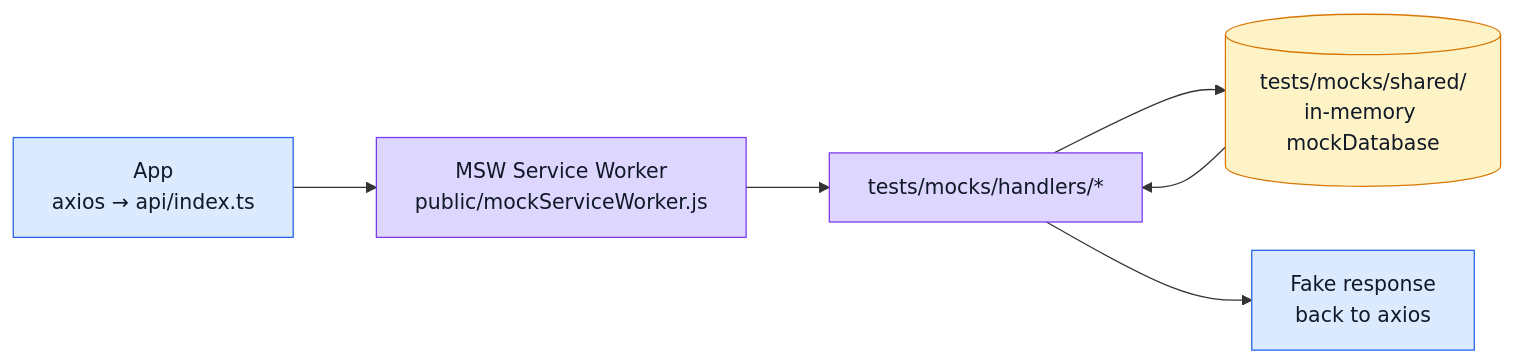
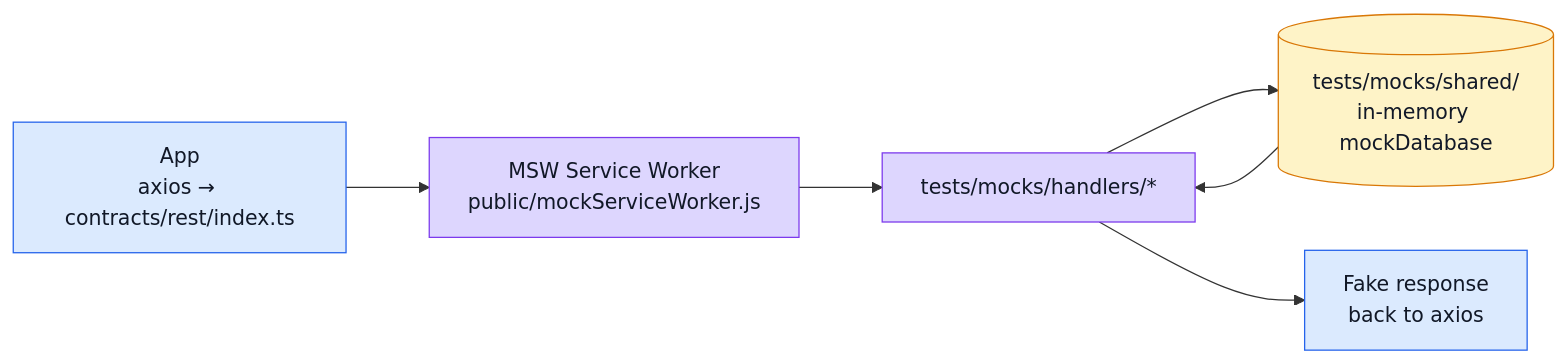
The diagram in docs/tools/mocking.md (Guebbit/boilerplate-vue-frontend), drawn with Mermaid before and after one commit. The commit also changed 99 other files, not shown here.

````diff
--- a/docs/tools/mocking.md
+++ b/docs/tools/mocking.md
@@ -19,17 +19,17 @@
 ```mermaid
 %%{init: {'flowchart': {'nodeSpacing': 50, 'rankSpacing': 65}}}%%
 flowchart LR
-    App["App\naxios → api/index.ts"] --> SW["MSW Service Worker\npublic/mockServiceWorker.js"]
+    App["App\naxios → contracts/rest/index.ts"] --> SW["MSW Service Worker\npublic/mockServiceWorker.js"]
     SW --> Handlers["tests/mocks/handlers/*"]
     Handlers --> DB[("tests/mocks/shared/\nin-memory mockDatabase")]
     DB --> Handlers
     Handlers --> Response["Fake response\nback to axios"]
 
     classDef app fill:#dbeafe,stroke:#2563eb,color:#111827;
     classDef msw fill:#ddd6fe,stroke:#7c3aed,color:#111827;
     classDef data fill:#fef3c7,stroke:#d97706,color:#111827;
     class App app;
     class SW,Handlers msw;
     class DB data;
     class Response app;
 ```
````
